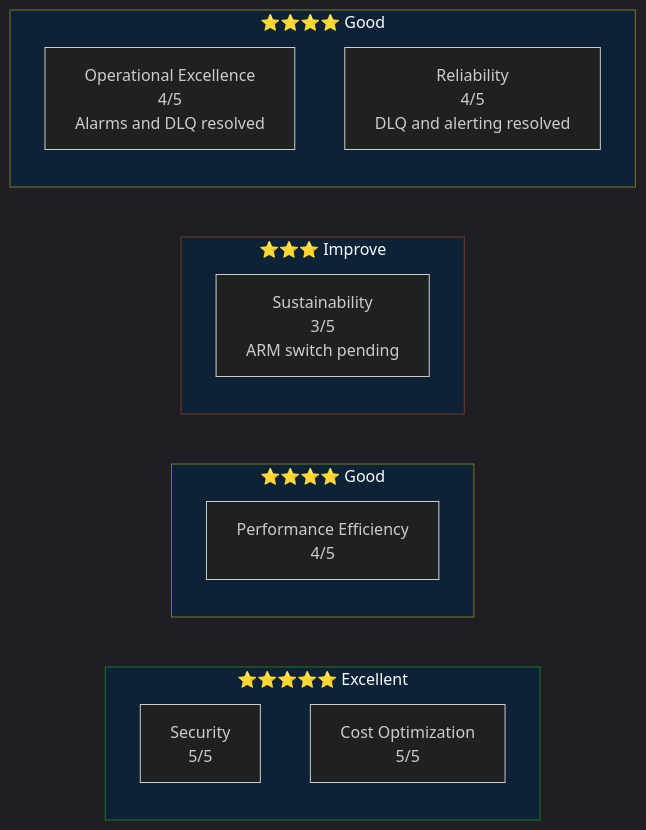
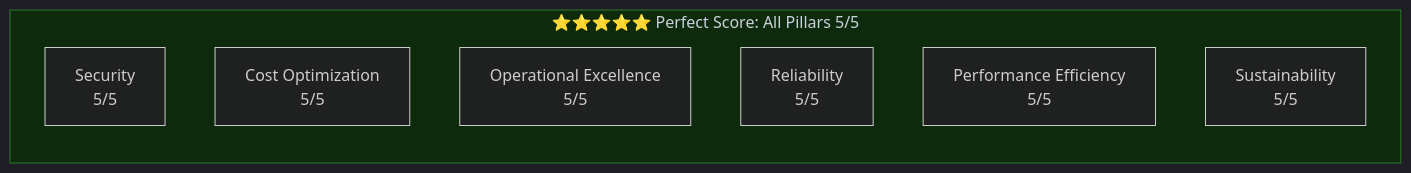
The sixth of 6 diagrams in docs/well-architected-review.md (baldrickuk/washingmachine-notifications), drawn with Mermaid before and after one commit. The commit also changed other lines of this file, not shown here.

Commit message:
docs: fix scorecard and update sustainability score to 5/5
Both SUS-1 (ARM64 Graviton2) and SUS-2 (resource tagging via default_tags) are resolved. Updated:
- Executive summary: Sustainability 4/5 → 5/5, Overall 4.8/5 → 5/5
- Summary scorecard: now shows all six pillars at perfect 5/5 score

https://claude.ai/code/session_01G5W8LaN9qitKHJR1azUAVC

````diff
--- a/docs/well-architected-review.md
+++ b/docs/well-architected-review.md
@@ -333,27 +333,15 @@
 ```mermaid
 %%{init: {'theme': 'dark', 'themeVariables': {'primaryColor': '#1e3a5f', 'primaryTextColor': '#c9d1d9', 'primaryBorderColor': '#4a7ab5', 'lineColor': '#58a6ff', 'edgeLabelBackground': '#0d1117'}}}%%
 
 flowchart LR
-    subgraph excellent ["⭐⭐⭐⭐⭐  Excellent"]
+    subgraph excellent ["⭐⭐⭐⭐⭐  Perfect Score: All Pillars 5/5"]
         S["Security\n5/5"]
         C["Cost Optimization\n5/5"]
+        O["Operational Excellence\n5/5"]
+        R["Reliability\n5/5"]
+        P["Performance Efficiency\n5/5"]
+        Su["Sustainability\n5/5"]
     end
 
-    subgraph good ["⭐⭐⭐⭐  Good"]
-        P["Performance Efficiency\n4/5"]
-    end
-
-    subgraph improve ["⭐⭐⭐  Improve"]
-        Su["Sustainability\n3/5\nARM switch pending"]
-    end
-
-    subgraph good2 ["⭐⭐⭐⭐  Good"]
-        O["Operational Excellence\n4/5\nAlarms and DLQ resolved"]
-        R["Reliability\n4/5\nDLQ and alerting resolved"]
-    end
-
-    style excellent fill:#0d2137,stroke:#1e7a1e
-    style good fill:#0d2137,stroke:#7a7a1e
-    style good2 fill:#0d2137,stroke:#7a7a1e
-    style improve fill:#0d2137,stroke:#7a3a1e
+    style excellent fill:#0d2a0d,stroke:#2a7a2a,color:#c9d1d9
 ```
````
